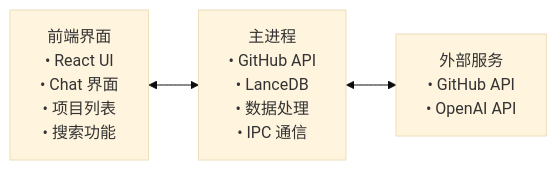
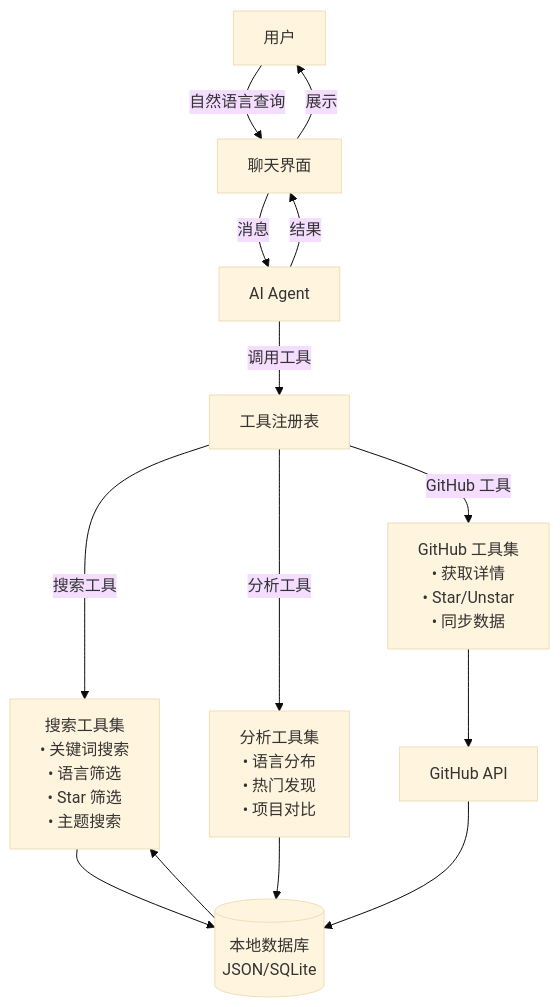
The diagram in README.md (yangyang0507/starepo), drawn with Mermaid (base theme) before and after one commit. The commit also changed other lines of this file and 3 other files, not shown here.

````diff
--- a/README.md
+++ b/README.md
@@ -105,9 +120,21 @@
 ```mermaid
-graph LR
-    Frontend[前端界面<br/>• React UI<br/>• Chat 界面<br/>• 项目列表<br/>• 搜索功能]
-    MainProcess[主进程<br/>• GitHub API<br/>• LanceDB<br/>• 数据处理<br/>• IPC 通信]
-    ExternalServices[外部服务<br/>• GitHub API<br/>• OpenAI API]
+graph TB
+    User[用户] -->|自然语言查询| ChatUI[聊天界面]
+    ChatUI -->|消息| AIAgent[AI Agent]
     
-    Frontend <--> MainProcess
-    MainProcess <--> ExternalServices
+    AIAgent -->|调用工具| ToolRegistry[工具注册表]
+    
+    ToolRegistry -->|搜索工具| SearchTools[搜索工具集<br/>• 关键词搜索<br/>• 语言筛选<br/>• Star 筛选<br/>• 主题搜索]
+    ToolRegistry -->|分析工具| AnalysisTools[分析工具集<br/>• 语言分布<br/>• 热门发现<br/>• 项目对比]
+    ToolRegistry -->|GitHub 工具| GitHubTools[GitHub 工具集<br/>• 获取详情<br/>• Star/Unstar<br/>• 同步数据]
+    
+    SearchTools --> LocalDB[(本地数据库<br/>JSON/SQLite)]
+    AnalysisTools --> LocalDB
+    GitHubTools --> GitHubAPI[GitHub API]
+    GitHubAPI --> LocalDB
+    
+    LocalDB --> SearchTools
+    
+    AIAgent -->|结果| ChatUI
+    ChatUI -->|展示| User
 ```
````
